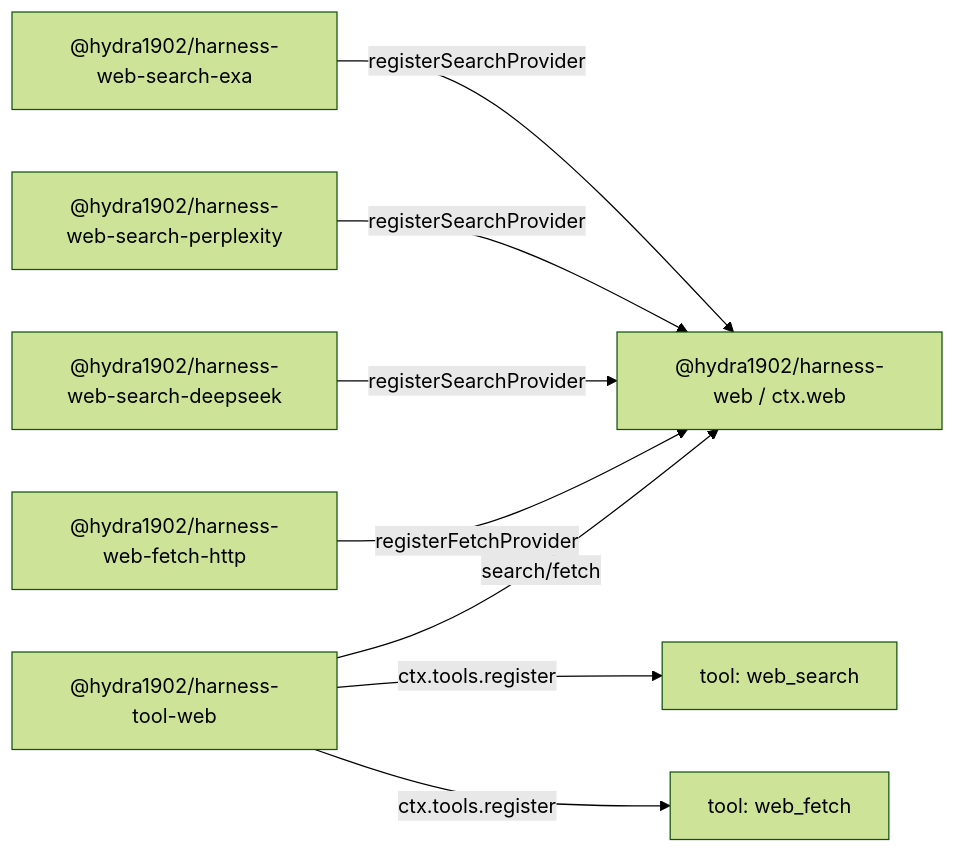
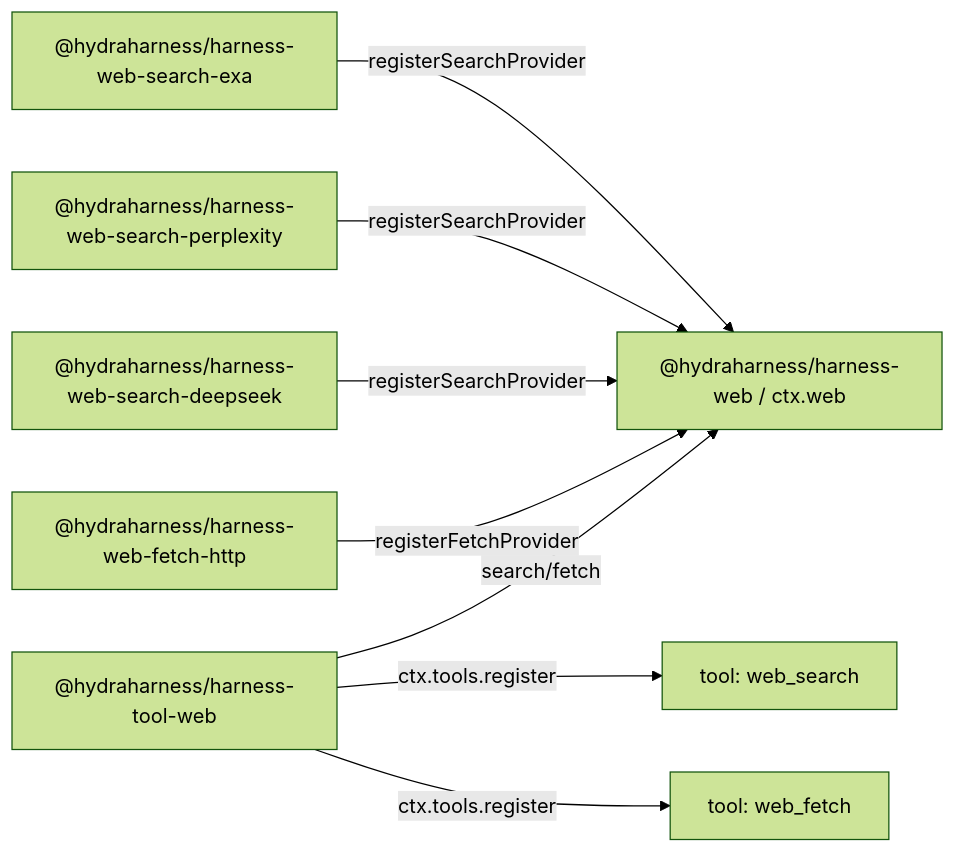
One commit to MaiHongPhong1902/Hydra-Harness changed the diagram in .agents/notes/implemented/architecture/2026-06-24-web-capability-seam.md. Above: the diagram before and after it, drawn with Mermaid (forest theme). The commit also changed other lines of this file and 3651 other files, not shown here.

````diff
--- a/.agents/notes/implemented/architecture/2026-06-24-web-capability-seam.md
+++ b/.agents/notes/implemented/architecture/2026-06-24-web-capability-seam.md
@@ -56,10 +56,10 @@
 ```mermaid
 flowchart LR
-  exa["@hydra1902/harness-web-search-exa"] -->|registerSearchProvider| web["@hydra1902/harness-web / ctx.web"]
-  perplexity["@hydra1902/harness-web-search-perplexity"] -->|registerSearchProvider| web
-  deepseek["@hydra1902/harness-web-search-deepseek"] -->|registerSearchProvider| web
-  fetchLocal["@hydra1902/harness-web-fetch-http"] -->|registerFetchProvider| web
-  toolWeb["@hydra1902/harness-tool-web"] -->|search/fetch| web
+  exa["@hydraharness/harness-web-search-exa"] -->|registerSearchProvider| web["@hydraharness/harness-web / ctx.web"]
+  perplexity["@hydraharness/harness-web-search-perplexity"] -->|registerSearchProvider| web
+  deepseek["@hydraharness/harness-web-search-deepseek"] -->|registerSearchProvider| web
+  fetchLocal["@hydraharness/harness-web-fetch-http"] -->|registerFetchProvider| web
+  toolWeb["@hydraharness/harness-tool-web"] -->|search/fetch| web
   toolWeb -->|ctx.tools.register| webSearch["tool: web_search"]
   toolWeb -->|ctx.tools.register| webFetch["tool: web_fetch"]
 ```
````
